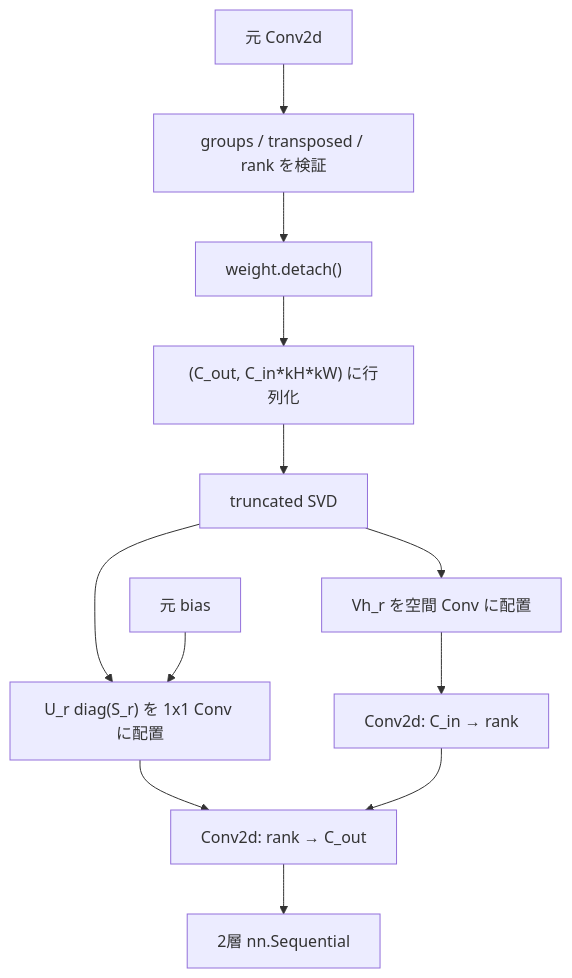
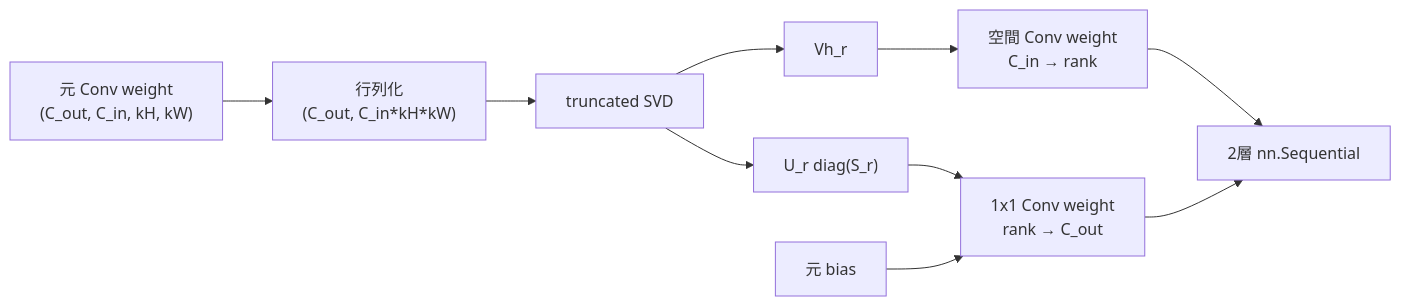
One commit to astrare2480/nn-compression-svd-dmrg changed the diagram in docs/07_src設計/05_Core_API_v1/compression/factorize_conv2d_layer.md. Above: the diagram before and after it, drawn with Mermaid. The commit also changed other lines of this file, not shown here.

Commit message:
docs: reclassify Conv2d SVD diagram

````diff
--- a/docs/07_src設計/05_Core_API_v1/compression/factorize_conv2d_layer.md
+++ b/docs/07_src設計/05_Core_API_v1/compression/factorize_conv2d_layer.md
@@ -60,14 +60,12 @@
 ```mermaid
-flowchart TD
-    A["元 Conv2d"] --> B["groups / transposed / rank を検証"]
-    B --> C["weight.detach()"]
-    C --> D["(C_out, C_in*kH*kW) に行列化"]
-    D --> E["truncated SVD"]
-    E --> F["Vh_r を空間 Conv に配置"]
-    E --> G["U_r diag(S_r) を 1x1 Conv に配置"]
-    H["元 bias"] --> G
-    F --> I["Conv2d: C_in → rank"]
-    G --> J["Conv2d: rank → C_out"]
-    I --> J
-    J --> K["2層 nn.Sequential"]
+flowchart LR
+    W["元 Conv weight<br/>(C_out, C_in, kH, kW)"] --> M["行列化<br/>(C_out, C_in*kH*kW)"]
+    M --> SVD["truncated SVD"]
+    SVD --> V["Vh_r"]
+    SVD --> US["U_r diag(S_r)"]
+    V --> A["空間 Conv weight<br/>C_in → rank"]
+    US --> B["1x1 Conv weight<br/>rank → C_out"]
+    Bias["元 bias"] --> B
+    A --> SEQ["2層 nn.Sequential"]
+    B --> SEQ
 ```
````
